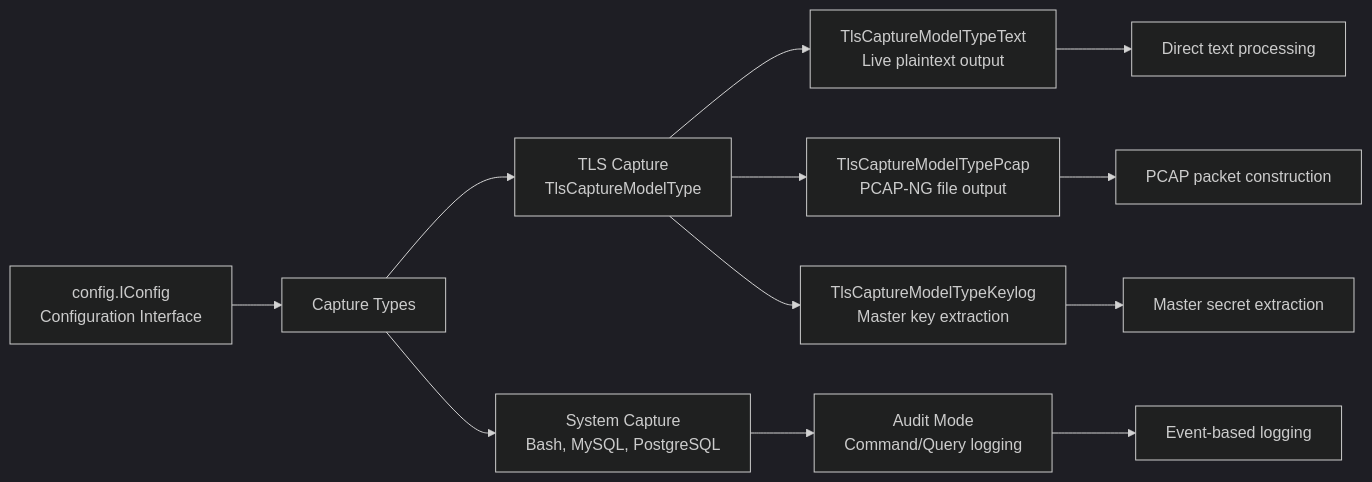
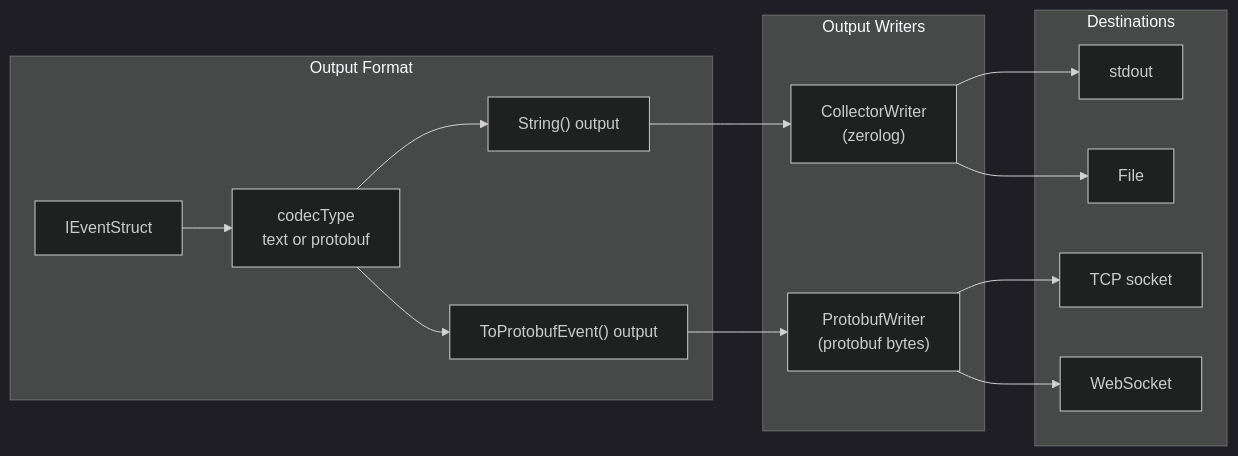
The seventh of 7 diagrams in src/en/2-architecture/index.md (gojue/ecapture.cc), drawn with Mermaid (dark theme) before and after one commit. The commit also changed other lines of this file and 115 other files, not shown here.

````diff
--- a/src/en/2-architecture/index.md
+++ b/src/en/2-architecture/index.md
@@ -935,18 +416,33 @@
 ```mermaid
 graph LR
-    ConfigSystem["config.IConfig<br/>Configuration Interface"] --> CaptureTypes["Capture Types"]
+    subgraph "Output Format"
+        Event["IEventStruct"]
+        CodecType["codecType<br/>text or protobuf"]
+        TextOutput["String() output"]
+        ProtobufOutput["ToProtobufEvent() output"]
+    end
     
-    CaptureTypes --> TLSCapture["TLS Capture<br/>TlsCaptureModelType"]
-    CaptureTypes --> SystemCapture["System Capture<br/>Bash, MySQL, PostgreSQL"]
+    subgraph "Output Writers"
+        CollectorWriter["CollectorWriter<br/>(zerolog)"]
+        ProtobufWriter["ProtobufWriter<br/>(protobuf bytes)"]
+    end
     
-    TLSCapture --> TextMode["TlsCaptureModelTypeText<br/>Live plaintext output"]
-    TLSCapture --> PcapMode["TlsCaptureModelTypePcap<br/>PCAP-NG file output"]
-    TLSCapture --> KeylogMode["TlsCaptureModelTypeKeylog<br/>Master key extraction"]
+    subgraph "Destinations"
+        Stdout["stdout"]
+        File["File"]
+        TCP["TCP socket"]
+        WebSocket["WebSocket"]
+    end
     
-    TextMode --> TextProcessor["Direct text processing"]
-    PcapMode --> PcapProcessor["PCAP packet construction"]
-    KeylogMode --> KeylogProcessor["Master secret extraction"]
+    Event --> CodecType
+    CodecType --> TextOutput
+    CodecType --> ProtobufOutput
     
-    SystemCapture --> AuditMode["Audit Mode<br/>Command/Query logging"]
-    AuditMode --> AuditProcessor["Event-based logging"]
+    TextOutput --> CollectorWriter
+    ProtobufOutput --> ProtobufWriter
+    
+    CollectorWriter --> Stdout
+    CollectorWriter --> File
+    ProtobufWriter --> TCP
+    ProtobufWriter --> WebSocket
 ```
````
